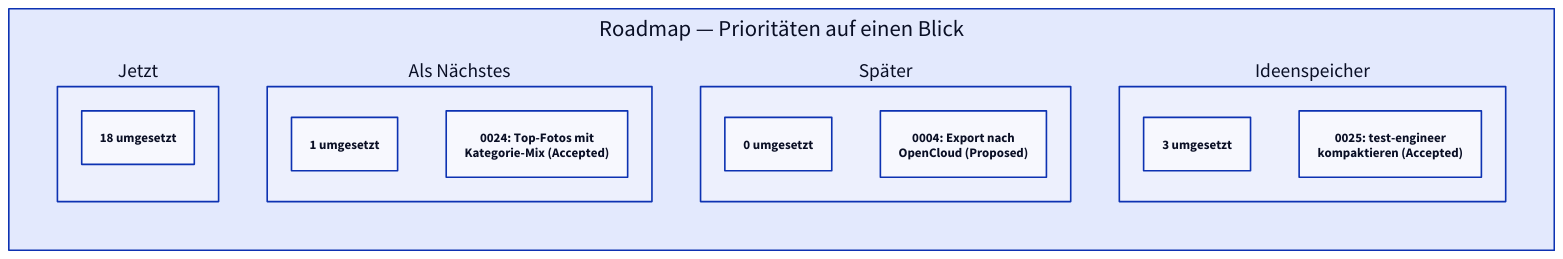
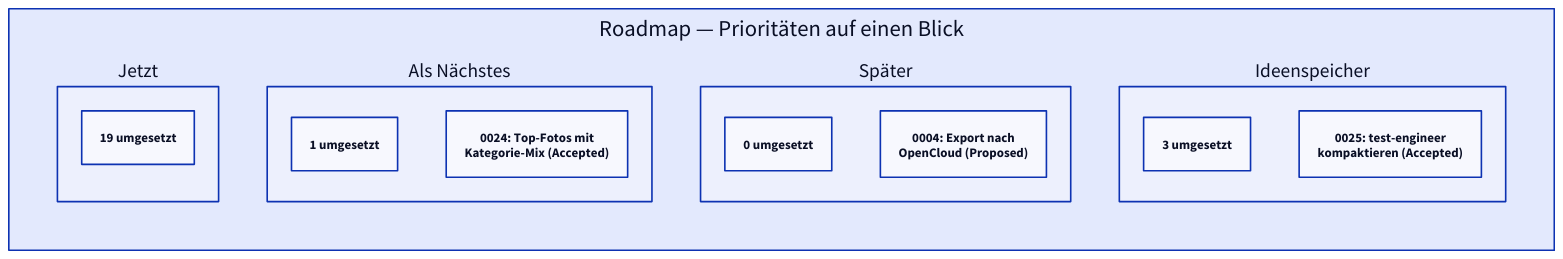
Before and after one commit to TheRealKoller/photosort: the diagram in specs/diagrams/roadmap-overview.d2, drawn with D2. The commit also changed 3 other files, not shown here.

```diff
--- a/specs/diagrams/roadmap-overview.d2
+++ b/specs/diagrams/roadmap-overview.d2
@@ -1,45 +1,40 @@
 # Kompakte Kanban-Uebersicht ueber specs/roadmap.md, Abschnitt "Priorisierung".
 # Siehe Feature-Spec specs/features/0026-roadmap-kompaktuebersicht-und-readme-link.md.
 #
 # Nur nicht-implementierte Specs bekommen eine eigene Karte, bereits
 # implementierte Specs werden pro Spalte als ein einzelner Zaehler
 # zusammengefasst (haelt das Diagramm bei ueber 20 Specs insgesamt lesbar,
 # statt eine Karte pro Spec zu zeigen - siehe Spec 0026, "Architektur /
 # Umsetzung").
-#
-# Bewusst nicht enthalten: Spec 0001 (Sonderstatus "Implemented (Backend) -
-# Frontend-Oberflaeche/API-Auth noch offen"), da sie in keiner der vier
-# Prioritaets-Spalten in specs/roadmap.md steht - siehe Spec 0026,
-# "Entscheidungen".
 #
 # Pflege: wird vom requirements-engineer mitaktualisiert, wenn er ohnehin
 # roadmap.md aendert (neue Spec, Status-/Prioritaetswechsel) - Diagramm und
 # die Tabelle "Status auf einen Blick" im selben Schritt aktualisieren, sonst
 # laufen beide auseinander.
 #
 # Rendern: scripts/render-diagrams.sh (ruft "d2 --sketch" auf).
 # Gerendert/verifiziert mit d2 v0.7.1 (https://github.com/d2lang/d2/releases).
 
 board: "Roadmap — Prioritäten auf einen Blick" {
   grid-columns: 4
   grid-gap: 60
 
   jetzt: "Jetzt" {
-    zaehler: "18 umgesetzt"
+    zaehler: "19 umgesetzt"
   }
 
   als_naechstes: "Als Nächstes" {
     zaehler: "1 umgesetzt"
     "0024: Top-Fotos mit\nKategorie-Mix (Accepted)"
   }
 
   spaeter: "Später" {
     zaehler: "0 umgesetzt"
     "0004: Export nach\nOpenCloud (Proposed)"
   }
 
   ideenspeicher: "Ideenspeicher" {
     zaehler: "3 umgesetzt"
     "0025: test-engineer\nkompaktieren (Accepted)"
   }
 }
```
